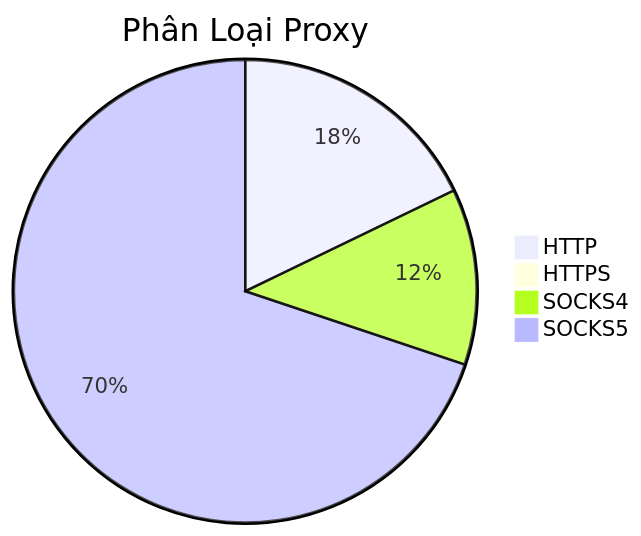
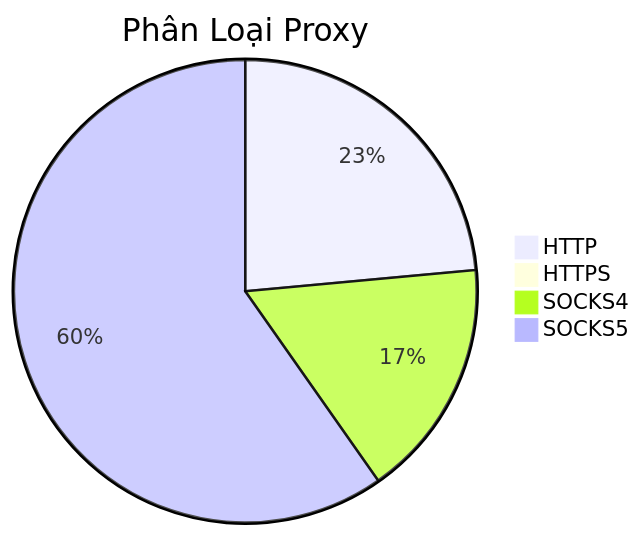
One commit to Ciara-Aa/PROXY-free changed the diagram in README.md. Above: the diagram before and after it, drawn with Mermaid. The commit also changed other lines of this file and 4 other files, not shown here.

````diff
--- a/README.md
+++ b/README.md
@@ -26,7 +26,7 @@
 ```mermaid
 pie title Phân Loại Proxy
-    "HTTP" : 379
-    "HTTPS" : 5
-    "SOCKS4" : 261
-    "SOCKS5" : 1484
+    "HTTP" : 273
+    "HTTPS" : 2
+    "SOCKS4" : 194
+    "SOCKS5" : 693
 ```
````
